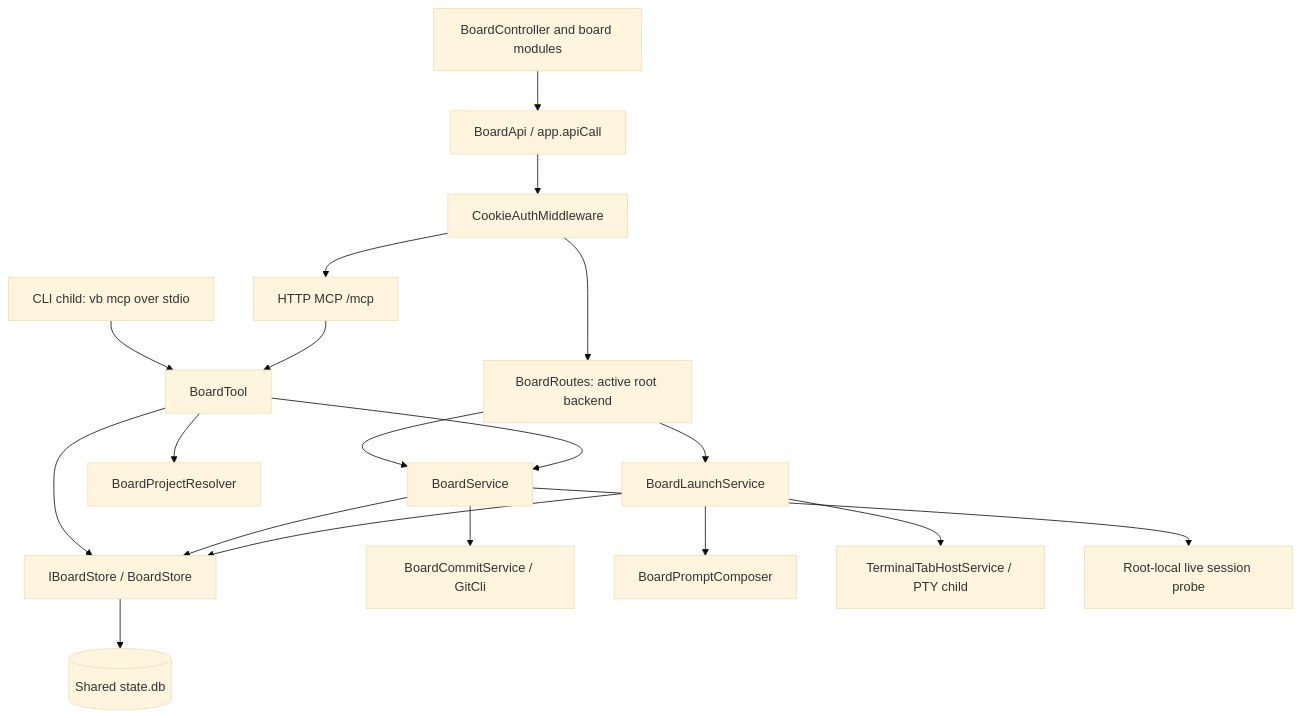
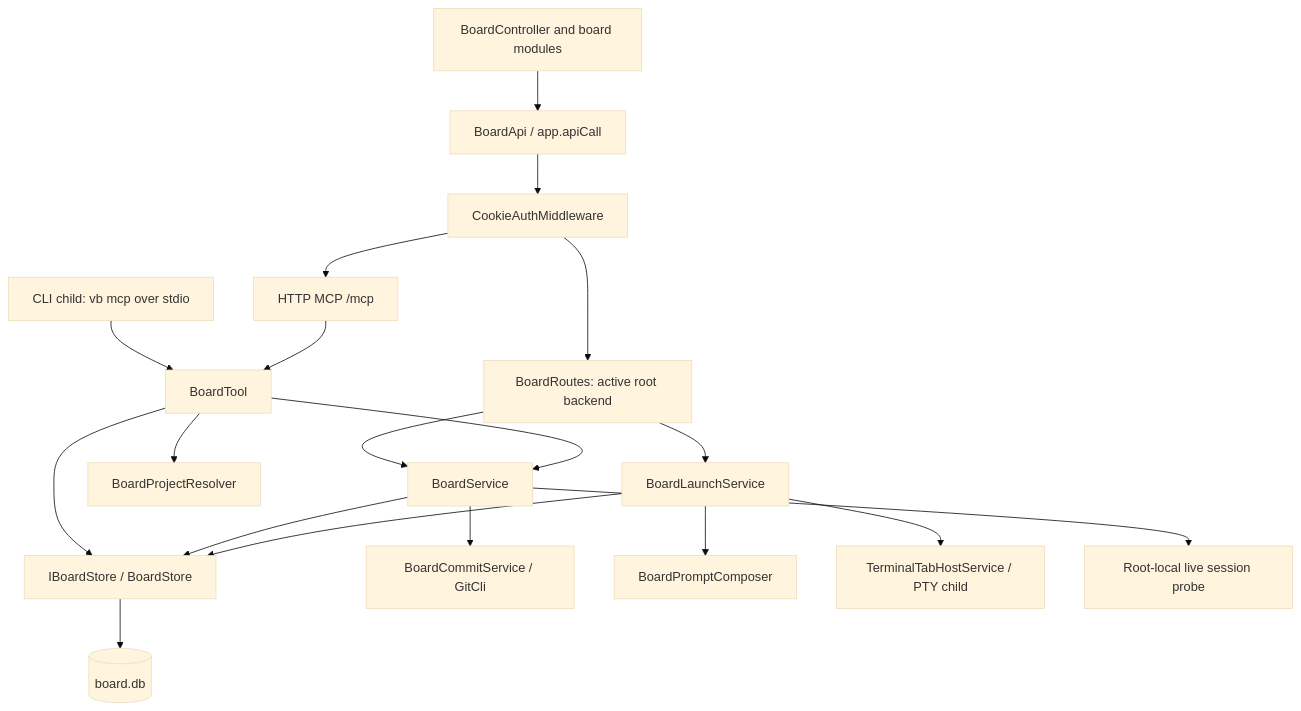
Before and after one commit to robstokes857/vibe-rails: the diagram in VibeRails/Services/Board/ARCHITECTURE.md, drawn with Mermaid (base theme). The commit also changed other lines of this file and 26 other files, not shown here.

````diff
--- a/VibeRails/Services/Board/ARCHITECTURE.md
+++ b/VibeRails/Services/Board/ARCHITECTURE.md
@@ -118,21 +141,21 @@
 ```mermaid
 flowchart TD
     UI[BoardController and board modules] --> API[BoardApi / app.apiCall]
     API --> Auth[CookieAuthMiddleware]
     Auth --> Routes[BoardRoutes: active root backend]
     Auth --> HTTP[HTTP MCP /mcp]
     CLI[CLI child: vb mcp over stdio] --> Tool[BoardTool]
     HTTP --> Tool
     Routes --> Service[BoardService]
     Tool --> Service
     Tool --> Resolver[BoardProjectResolver]
     Tool --> Store[IBoardStore / BoardStore]
     Service --> Store
     Service --> Git[BoardCommitService / GitCli]
     Routes --> Launch[BoardLaunchService]
     Launch --> Store
     Launch --> Prompt[BoardPromptComposer]
     Launch --> Tabs[TerminalTabHostService / PTY child]
     Service --> Live[Root-local live session probe]
-    Store --> DB[(Shared state.db)]
+    Store --> DB[(board.db)]
 ```
````
